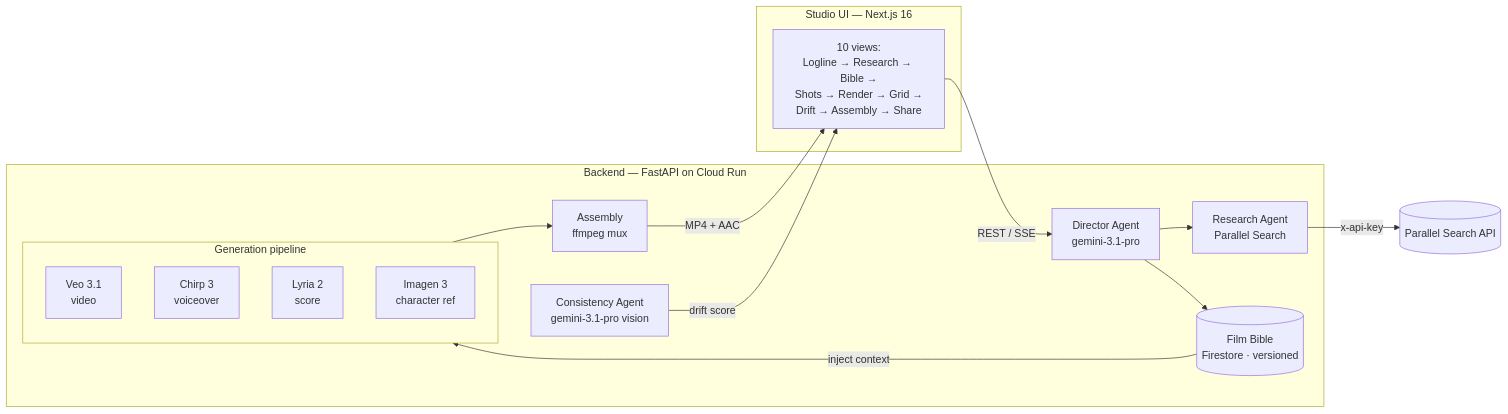
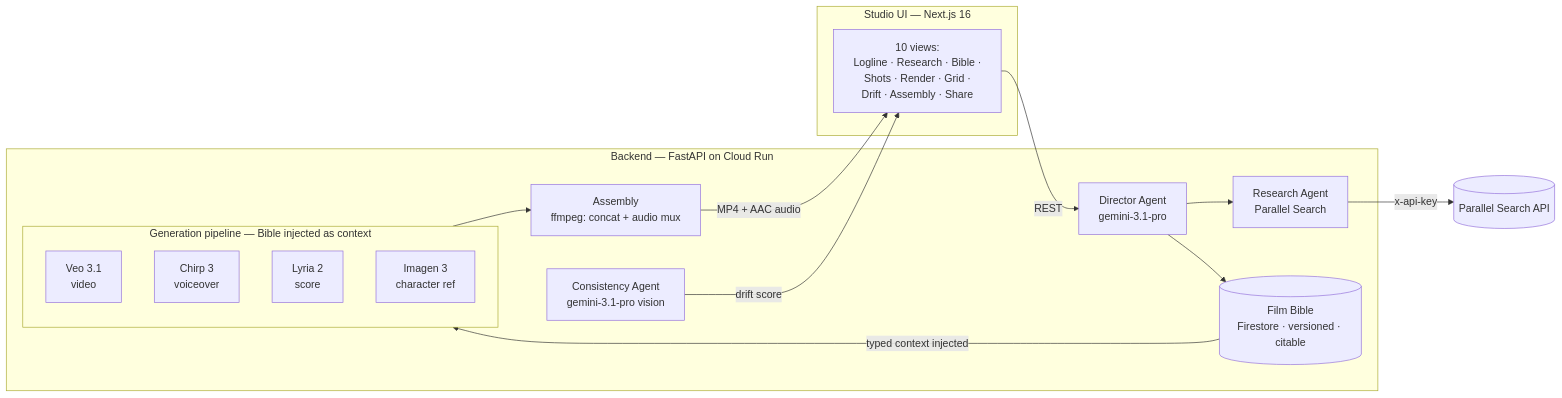
One commit to sodiq-code/auteur changed the diagram in README.md. Above: the diagram before and after it, drawn with Mermaid. The commit also changed other lines of this file, not shown here.

````diff
--- a/README.md
+++ b/README.md
@@ -60,32 +92,32 @@
 ```mermaid
 flowchart LR
   subgraph Client["Studio UI — Next.js 16"]
-    UI[10 views:<br/>Logline → Research → Bible →<br/>Shots → Render → Grid →<br/>Drift → Assembly → Share]
+    UI[10 views:<br/>Logline · Research · Bible ·<br/>Shots · Render · Grid ·<br/>Drift · Assembly · Share]
   end
 
   subgraph Backend["Backend — FastAPI on Cloud Run"]
     DIR[Director Agent<br/>gemini-3.1-pro]
     RES[Research Agent<br/>Parallel Search]
     CON[Consistency Agent<br/>gemini-3.1-pro vision]
 
-    BIBLE[(Film Bible<br/>Firestore · versioned)]
+    BIBLE[(Film Bible<br/>Firestore · versioned · citable)]
 
-    subgraph Gen["Generation pipeline"]
+    subgraph Gen["Generation pipeline — Bible injected as context"]
       VEO[Veo 3.1<br/>video]
       CHIRP[Chirp 3<br/>voiceover]
       LYRIA[Lyria 2<br/>score]
       IMAGEN[Imagen 3<br/>character ref]
     end
 
-    ASM[Assembly<br/>ffmpeg mux]
+    ASM[Assembly<br/>ffmpeg: concat + audio mux]
   end
 
-  UI -->|REST / SSE| DIR
+  UI -->|REST| DIR
   DIR --> RES
   DIR --> BIBLE
   RES -->|x-api-key| PARALLEL[(Parallel Search API)]
-  BIBLE -->|inject context| Gen
+  BIBLE -->|typed context injected| Gen
   Gen --> ASM
-  ASM -->|MP4 + AAC| UI
+  ASM -->|MP4 + AAC audio| UI
   CON -->|drift score| UI
 ```
````
